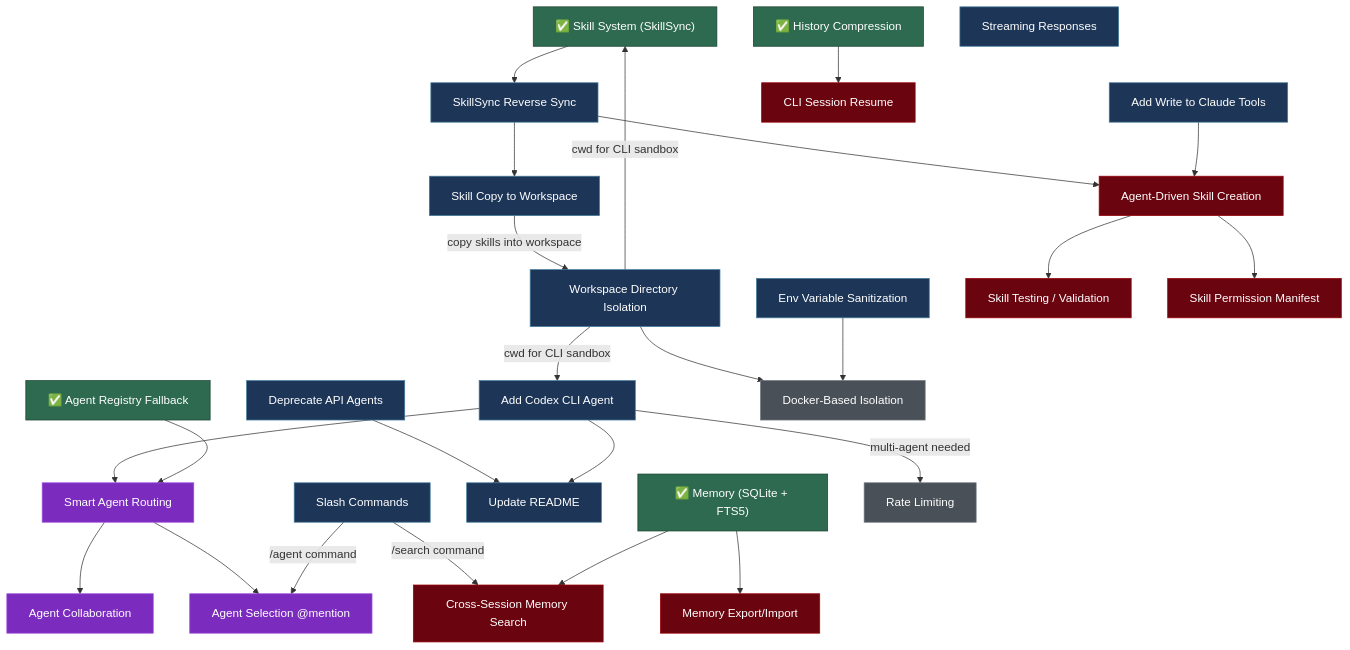
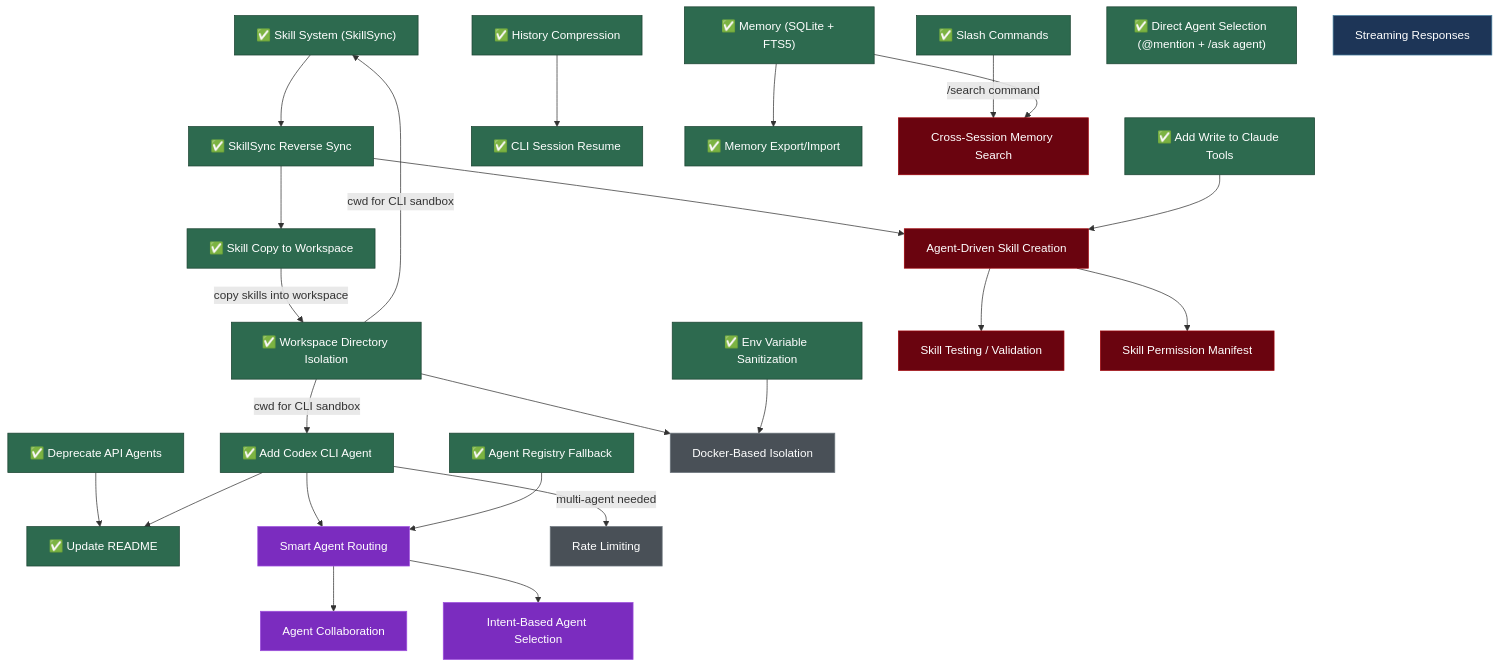
The diagram in docs/todo.md (TCoherence/oh-my-agent), drawn with Mermaid before and after one commit. The commit also changed other lines of this file and 17 other files, not shown here.

````diff
--- a/docs/todo.md
+++ b/docs/todo.md
@@ -16,30 +16,33 @@
     SKILL["✅ Skill System (SkillSync)"]
     FALLBACK["✅ Agent Registry Fallback"]
 
-    %% ── v0.4.0 ─────────────────────────────────────
-    DEPRECATE["Deprecate API Agents"]
-    CODEX["Add Codex CLI Agent"]
-    WORKSPACE["Workspace Directory Isolation"]
-    ENVSANITIZE["Env Variable Sanitization"]
-    SKILLCOPY["Skill Copy to Workspace"]
-    WRITE["Add Write to Claude Tools"]
-    REVERSE["SkillSync Reverse Sync"]
+    %% ── v0.4.0 (Done) ──────────────────────────────
+    DEPRECATE["✅ Deprecate API Agents"]
+    CODEX["✅ Add Codex CLI Agent"]
+    WORKSPACE["✅ Workspace Directory Isolation"]
+    ENVSANITIZE["✅ Env Variable Sanitization"]
+    SKILLCOPY["✅ Skill Copy to Workspace"]
+    WRITE["✅ Add Write to Claude Tools"]
+    REVERSE["✅ SkillSync Reverse Sync"]
+    SLASH["✅ Slash Commands"]
+    DIRECTMENTION["✅ Direct Agent Selection (@mention + /ask agent)"]
+    README["✅ Update README"]
+    RESUME["✅ CLI Session Resume"]
+    MEMIO["✅ Memory Export/Import"]
+
+    %% ── v0.4.0 (Deferred) ──────────────────────────
     STREAM["Streaming Responses"]
-    SLASH["Slash Commands"]
-    README["Update README"]
 
     %% ── v0.5.0 ─────────────────────────────────────
     SKILLCREATE["Agent-Driven Skill Creation"]
     SKILLTEST["Skill Testing / Validation"]
     SKILLPERM["Skill Permission Manifest"]
-    RESUME["CLI Session Resume"]
     XMEM["Cross-Session Memory Search"]
-    MEMIO["Memory Export/Import"]
 
     %% ── v0.6.0 ─────────────────────────────────────
     ROUTING["Smart Agent Routing"]
     COLLAB["Agent Collaboration"]
-    MENTION["Agent Selection @mention"]
+    MENTION["Intent-Based Agent Selection"]
 
     %% ── Backlog ─────────────────────────────────────
     DOCKER["Docker-Based Isolation"]
@@ -71,7 +74,6 @@
     FALLBACK --> ROUTING
     ROUTING --> COLLAB
     ROUTING --> MENTION
-    SLASH -->|"/agent command"| MENTION
 
     %% Backlog
     WORKSPACE --> DOCKER
@@ -85,9 +87,9 @@
     classDef v06 fill:#7b2cbf,stroke:#9d4edd,color:#fff
     classDef backlog fill:#495057,stroke:#6c757d,color:#fff
 
-    class MEM,COMP,SKILL,FALLBACK done
-    class DEPRECATE,CODEX,WORKSPACE,ENVSANITIZE,SKILLCOPY,WRITE,REVERSE,STREAM,SLASH,README v04
-    class SKILLCREATE,SKILLTEST,SKILLPERM,RESUME,XMEM,MEMIO v05
+    class MEM,COMP,SKILL,FALLBACK,DEPRECATE,CODEX,WORKSPACE,ENVSANITIZE,SKILLCOPY,WRITE,REVERSE,SLASH,DIRECTMENTION,README,RESUME,MEMIO done
+    class STREAM v04
+    class SKILLCREATE,SKILLTEST,SKILLPERM,XMEM v05
     class ROUTING,COLLAB,MENTION v06
     class DOCKER,RATELIMIT backlog
 ```
````
